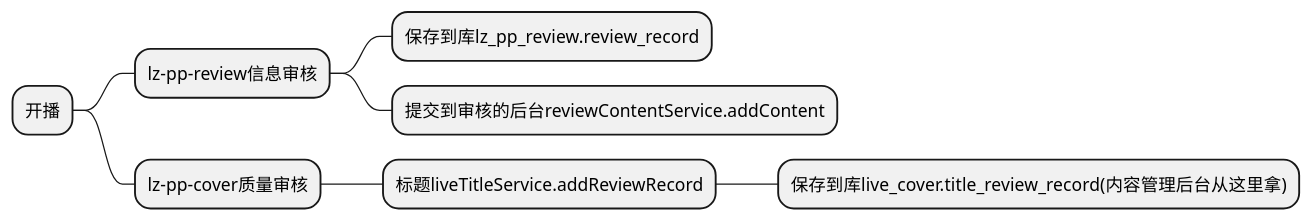
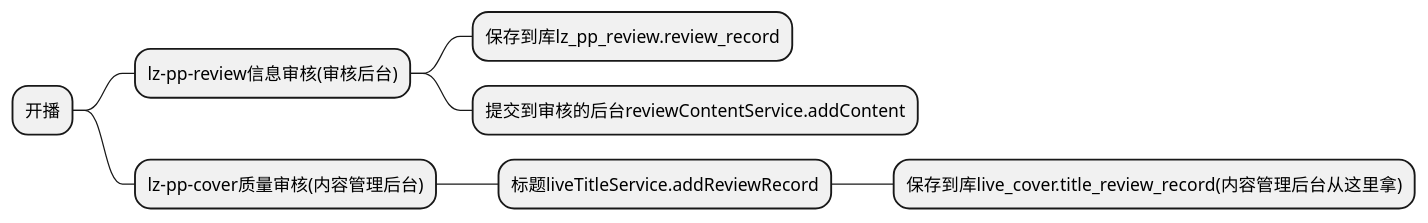
Before and after one commit to jervischen/mylearnproject: the diagram in demo/src/main/java/com/example/uml/审核流程.puml, drawn with PlantUML. The commit also changed 33 other files, not shown here.

```diff
--- a/demo/src/main/java/com/example/uml/审核流程.puml
+++ b/demo/src/main/java/com/example/uml/审核流程.puml
@@ -1,9 +1,9 @@
 @startmindmap
 * 开播
-** lz-pp-review信息审核
+** lz-pp-review信息审核(审核后台)
 *** 保存到库lz_pp_review.review_record
 *** 提交到审核的后台reviewContentService.addContent
-** lz-pp-cover质量审核
+** lz-pp-cover质量审核(内容管理后台)
 *** 标题liveTitleService.addReviewRecord
 **** 保存到库live_cover.title_review_record(内容管理后台从这里拿)
 @endmindmap
```
